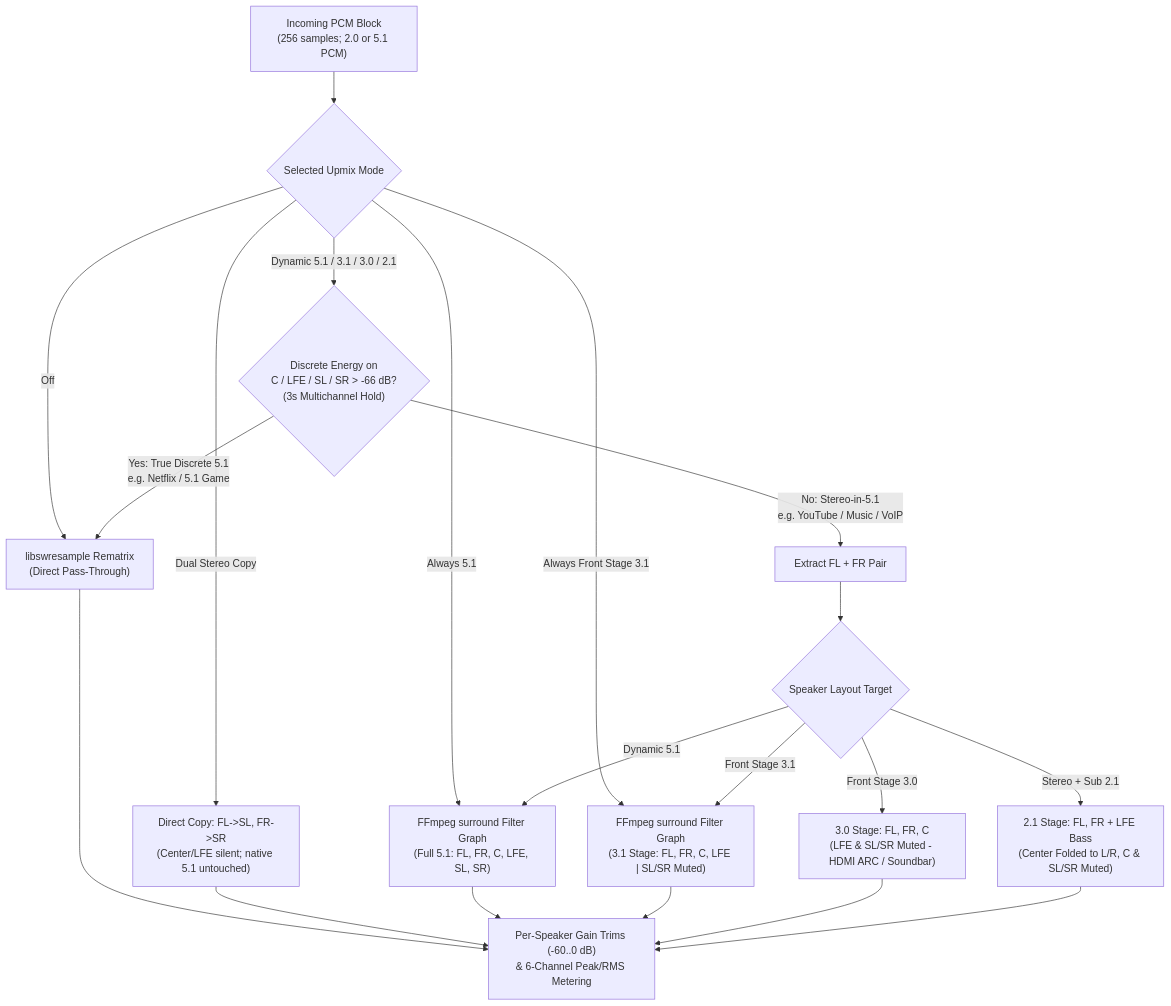
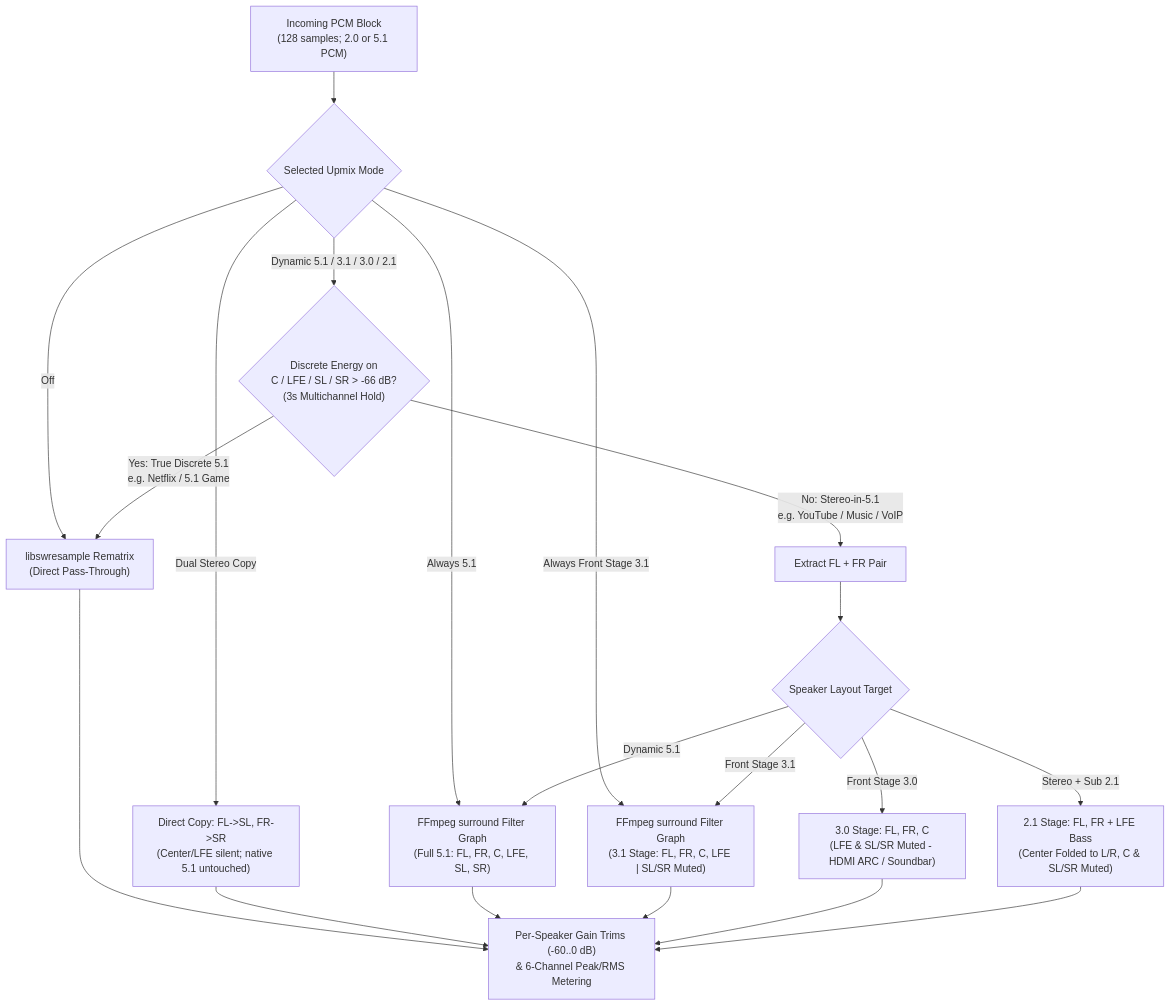
One commit to estacia/virtual-ac3-encoder_Dual changed the second of 2 diagrams in README.md. Above: the diagram before and after it, drawn with Mermaid. The commit also changed other lines of this file and 6 other files, not shown here.

````diff
--- a/README.md
+++ b/README.md
@@ -72,27 +72,27 @@
 ```mermaid
 flowchart TD
-    In["Incoming PCM Block\n(256 samples; 2.0 or 5.1 PCM)"] --> Mode{"Selected Upmix Mode"}
+    In["Incoming PCM Block\n(128 samples; 2.0 or 5.1 PCM)"] --> Mode{"Selected Upmix Mode"}
 
     Mode -->|Off| SwrPass["libswresample Rematrix\n(Direct Pass-Through)"]
     Mode -->|Dual Stereo Copy| Copy["Direct Copy: FL->SL, FR->SR\n(Center/LFE silent; native 5.1 untouched)"]
     Mode -->|Always 5.1| Filt51["FFmpeg surround Filter Graph\n(Full 5.1: FL, FR, C, LFE, SL, SR)"]
     Mode -->|Always Front Stage 3.1| Filt31["FFmpeg surround Filter Graph\n(3.1 Stage: FL, FR, C, LFE | SL/SR Muted)"]
 
     Mode -->|Dynamic 5.1 / 3.1 / 3.0 / 2.1| Detect{"Discrete Energy on\nC / LFE / SL / SR > -66 dB?\n(3s Multichannel Hold)"}
 
     Detect -->|Yes: True Discrete 5.1\ne.g. Netflix / 5.1 Game| SwrPass
     Detect -->|No: Stereo-in-5.1\ne.g. YouTube / Music / VoIP| Extract["Extract FL + FR Pair"]
 
     Extract --> StageChoice{"Speaker Layout Target"}
     StageChoice -->|Dynamic 5.1| Filt51
     StageChoice -->|Front Stage 3.1| Filt31
     StageChoice -->|Front Stage 3.0| Filt30["3.0 Stage: FL, FR, C\n(LFE & SL/SR Muted - HDMI ARC / Soundbar)"]
     StageChoice -->|Stereo + Sub 2.1| Filt21["2.1 Stage: FL, FR + LFE Bass\n(Center Folded to L/R, C & SL/SR Muted)"]
 
     SwrPass --> Gains["Per-Speaker Gain Trims (-60..0 dB)\n& 6-Channel Peak/RMS Metering"]
     Copy --> Gains
     Filt51 --> Gains
     Filt31 --> Gains
     Filt30 --> Gains
     Filt21 --> Gains
 ```
````
